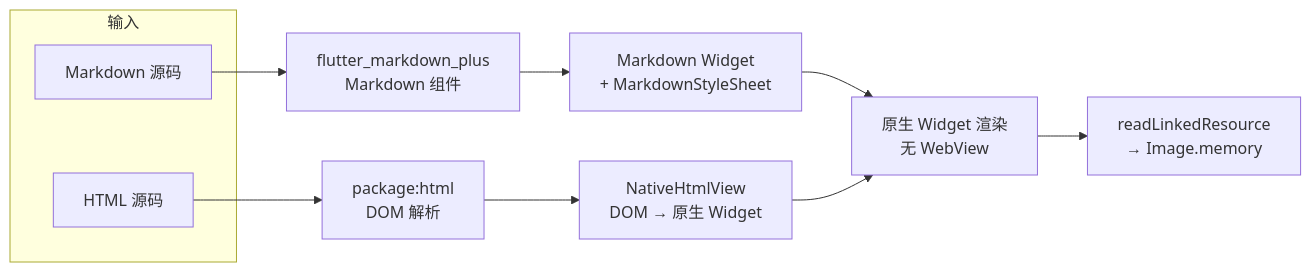
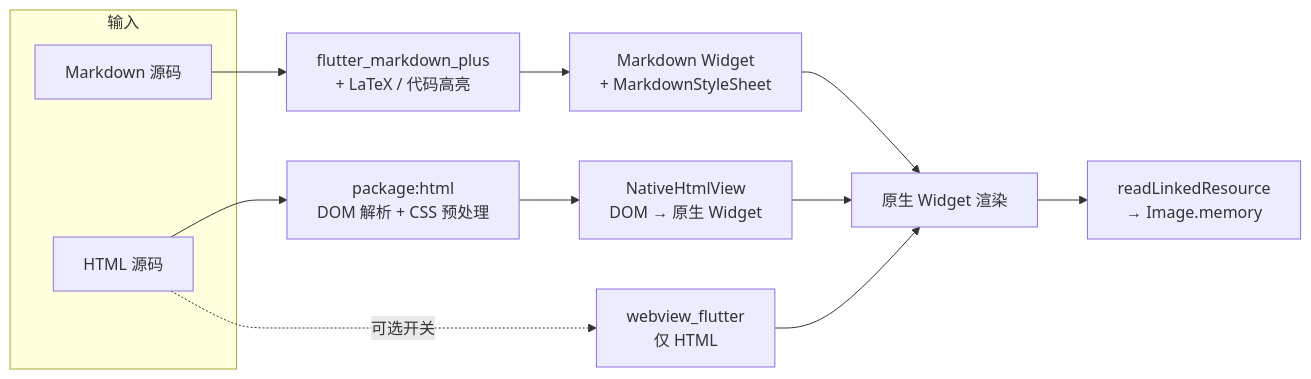
One commit to ouyangyanhuo/moyue changed the second of 2 diagrams in README.md. Above: the diagram before and after it, drawn with Mermaid. The commit also changed other lines of this file and 8 other files, not shown here.

````diff
--- a/README.md
+++ b/README.md
@@ -67,18 +245,20 @@
 ```mermaid
 flowchart LR
     subgraph IN[输入]
         MD1[Markdown 源码]
         HTML1[HTML 源码]
     end
 
-    MD1 --> MFP[flutter_markdown_plus<br/>Markdown 组件]
-    HTML1 --> HP[package:html<br/>DOM 解析]
+    MD1 --> MFP[flutter_markdown_plus<br/>+ LaTeX / 代码高亮]
+    HTML1 --> HP[package:html<br/>DOM 解析 + CSS 预处理]
 
     MFP --> W1[Markdown Widget<br/>+ MarkdownStyleSheet]
     HP --> W2[NativeHtmlView<br/>DOM → 原生 Widget]
+    HTML1 -.可选开关.-> WV[webview_flutter<br/>仅 HTML]
 
-    W1 --> RW[原生 Widget 渲染<br/>无 WebView]
+    W1 --> RW[原生 Widget 渲染]
     W2 --> RW
+    WV --> RW
 
     RW --> RES[readLinkedResource<br/>→ Image.memory]
 ```
````
